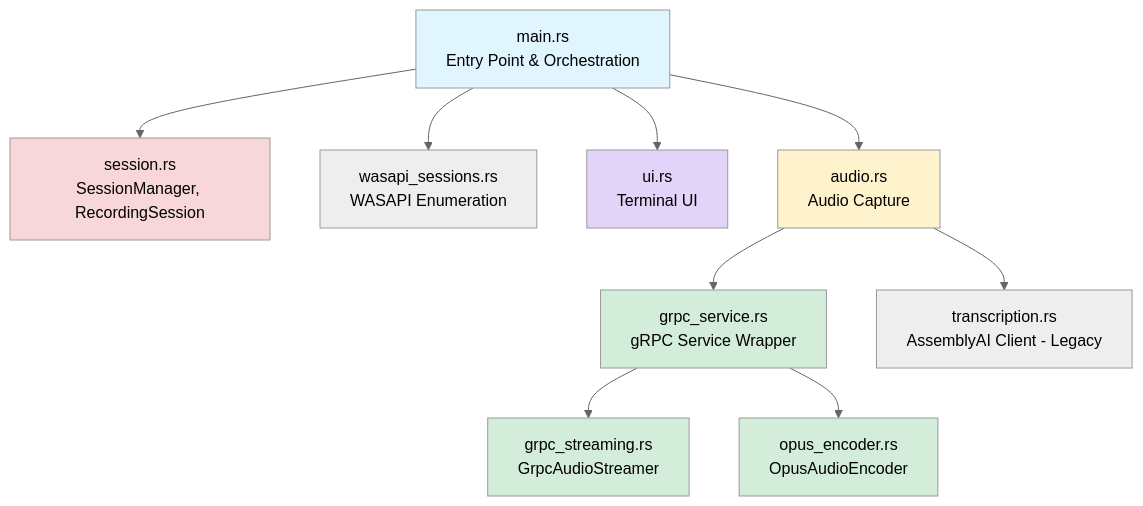
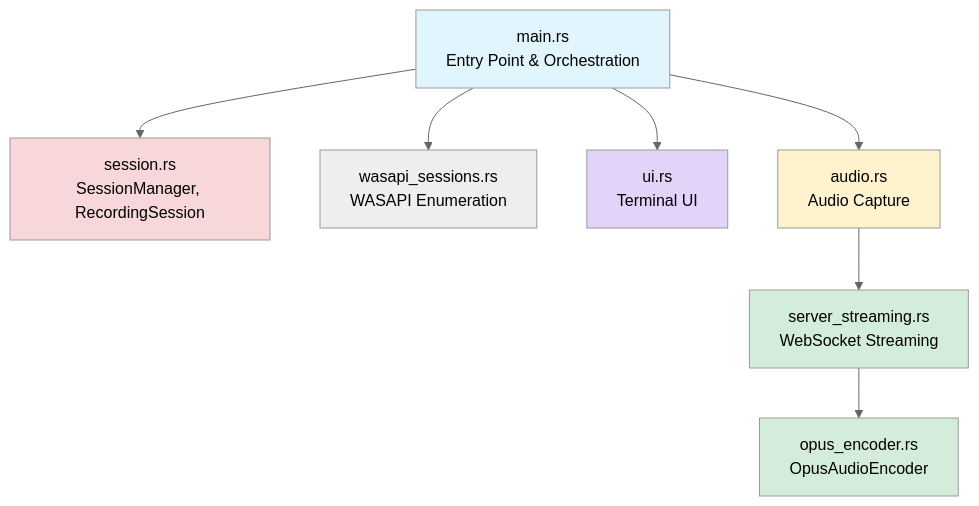
One commit to RekunDzmitry/voice_bird_desktop changed the first of 6 diagrams in DEPENDENCIES.md. Above: the diagram before and after it, drawn with Mermaid (neutral theme). The commit also changed other lines of this file and 15 other files, not shown here.

Commit message:
prepare for streaming to websocket of a server

````diff
--- a/DEPENDENCIES.md
+++ b/DEPENDENCIES.md
@@ -35,24 +35,19 @@
 ```mermaid
 graph TB
     main[main.rs<br/>Entry Point & Orchestration]
 
     main --> session[session.rs<br/>SessionManager, RecordingSession]
     main --> wasapi[wasapi_sessions.rs<br/>WASAPI Enumeration]
     main --> ui[ui.rs<br/>Terminal UI]
     main --> audio[audio.rs<br/>Audio Capture]
 
-    audio --> grpc_service[grpc_service.rs<br/>gRPC Service Wrapper]
-    grpc_service --> grpc_streaming[grpc_streaming.rs<br/>GrpcAudioStreamer]
-    grpc_service --> opus[opus_encoder.rs<br/>OpusAudioEncoder]
-
-    audio --> transcription[transcription.rs<br/>AssemblyAI Client - Legacy]
+    audio --> server_streaming[server_streaming.rs<br/>WebSocket Streaming]
+    server_streaming --> opus[opus_encoder.rs<br/>OpusAudioEncoder]
 
     style main fill:#e1f5ff
     style audio fill:#fff3cd
-    style grpc_service fill:#d4edda
-    style grpc_streaming fill:#d4edda
+    style server_streaming fill:#d4edda
     style opus fill:#d4edda
     style session fill:#f8d7da
     style ui fill:#e2d3f8
-    style transcription fill:#ddd stroke-dasharray: 5 5
 ```
````
